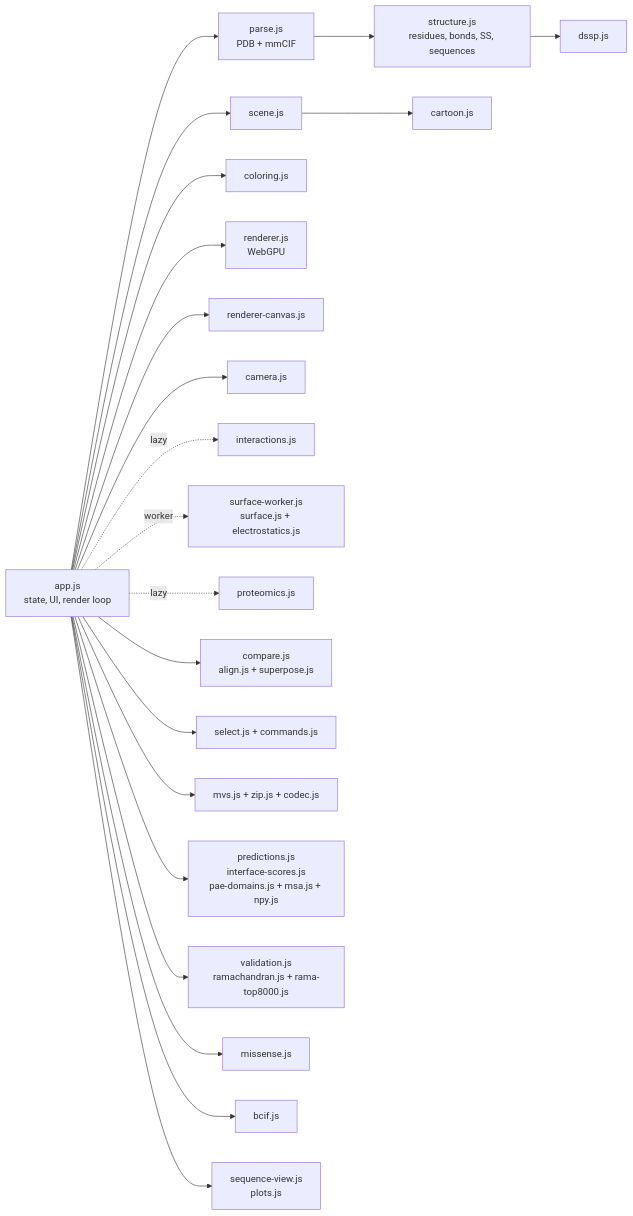
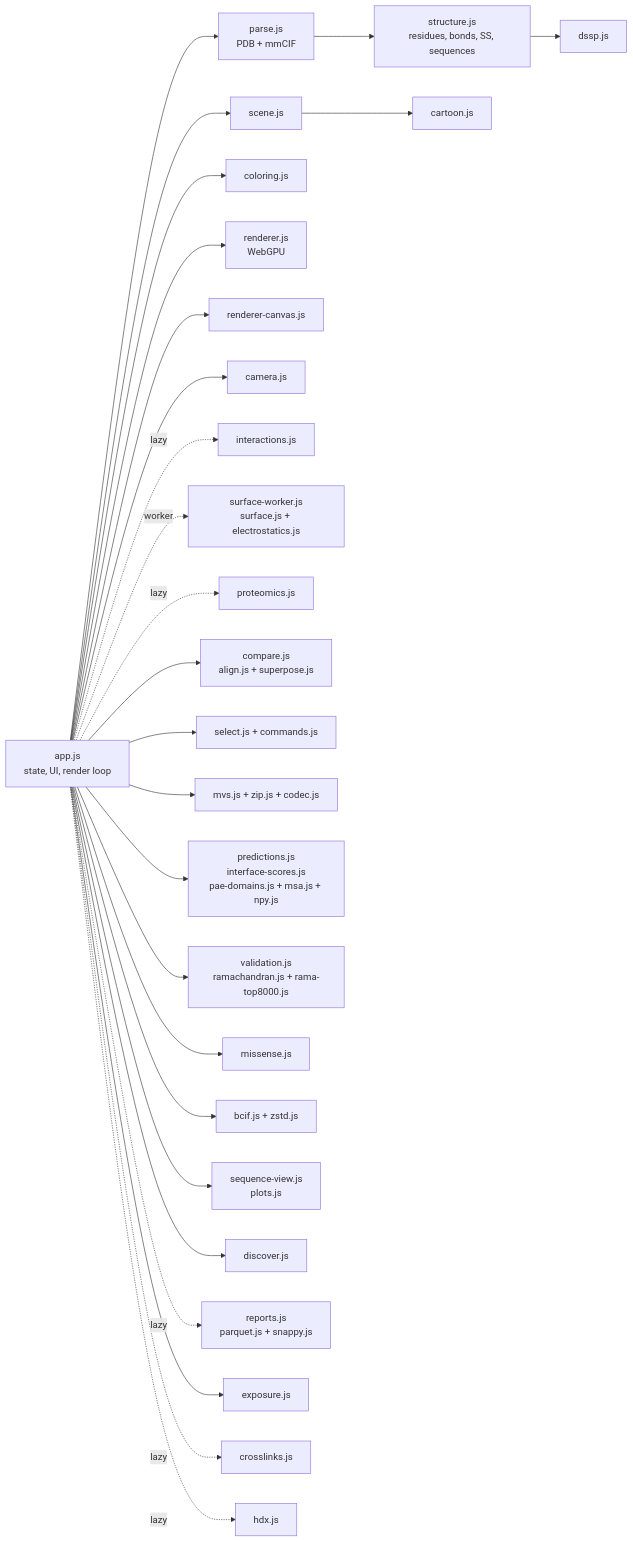
One commit to robert-mcdermott/proteoscope changed the second of 3 diagrams in proteoscope-spec/design.md. Above: the diagram before and after it, drawn with Mermaid. The commit also changed other lines of this file and 107 other files, not shown here.

````diff
--- a/proteoscope-spec/design.md
+++ b/proteoscope-spec/design.md
@@ -62,42 +62,52 @@
 ```mermaid
 graph LR
     App[app.js<br/>state, UI, render loop]
     Parse[parse.js<br/>PDB + mmCIF]
     Structure[structure.js<br/>residues, bonds, SS, sequences]
     DSSP[dssp.js]
     Cartoon[cartoon.js]
     Scene[scene.js]
     Color[coloring.js]
     Renderer[renderer.js<br/>WebGPU]
     Canvas[renderer-canvas.js]
     Camera[camera.js]
     Interactions[interactions.js]
     Surface[surface-worker.js<br/>surface.js + electrostatics.js]
     Proteomics[proteomics.js]
     Compare[compare.js<br/>align.js + superpose.js]
     Select[select.js + commands.js]
     Share[mvs.js + zip.js + codec.js]
     Predict[predictions.js<br/>interface-scores.js<br/>pae-domains.js + msa.js + npy.js]
     Validate[validation.js<br/>ramachandran.js + rama-top8000.js]
     Variants[missense.js]
-    Formats[bcif.js]
+    Formats[bcif.js + zstd.js]
     Views[sequence-view.js<br/>plots.js]
+    Discover[discover.js]
+    Reports[reports.js<br/>parquet.js + snappy.js]
+    Context[exposure.js]
+    XL[crosslinks.js]
+    HDX[hdx.js]
 
     App --> Parse --> Structure --> DSSP
     App --> Scene --> Cartoon
     App --> Color
     App --> Renderer
     App --> Canvas
     App --> Camera
     App -. lazy .-> Interactions
     App -. worker .-> Surface
     App -. lazy .-> Proteomics
     App --> Compare
     App --> Select
     App --> Share
     App --> Predict
     App --> Validate
     App --> Variants
     App --> Formats
     App --> Views
+    App --> Discover
+    App --> Context
+    App -. lazy .-> Reports
+    App -. lazy .-> XL
+    App -. lazy .-> HDX
 ```
````
